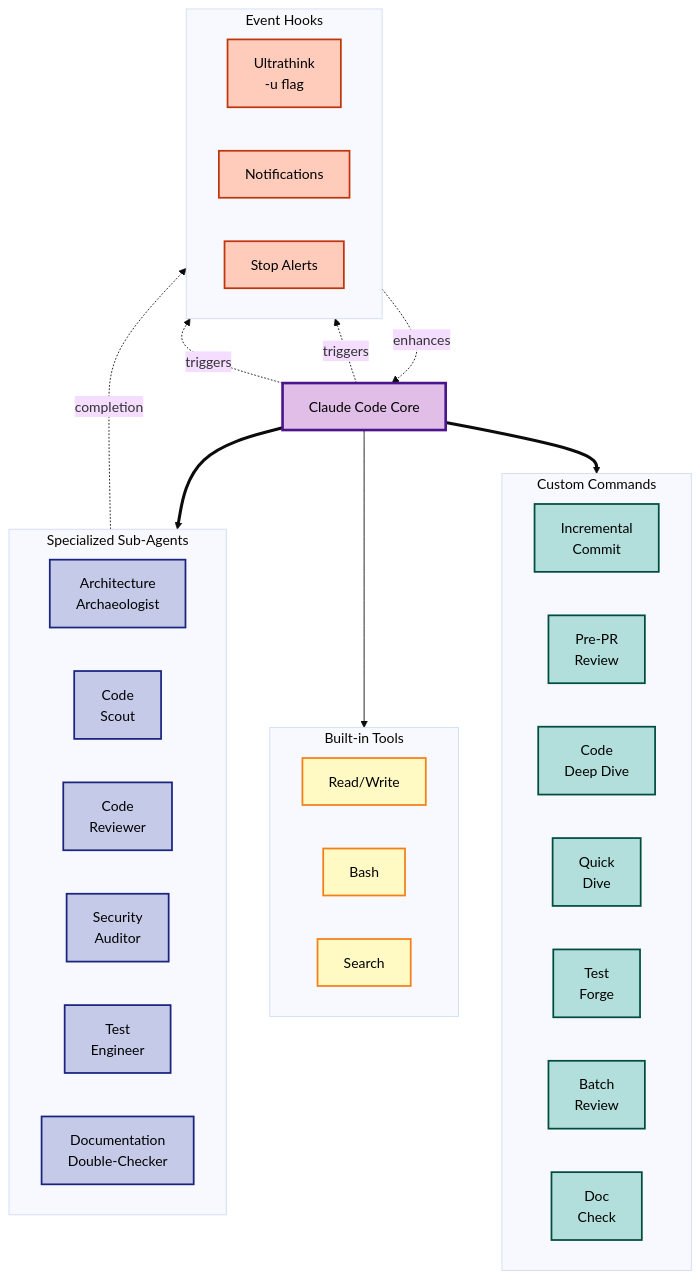
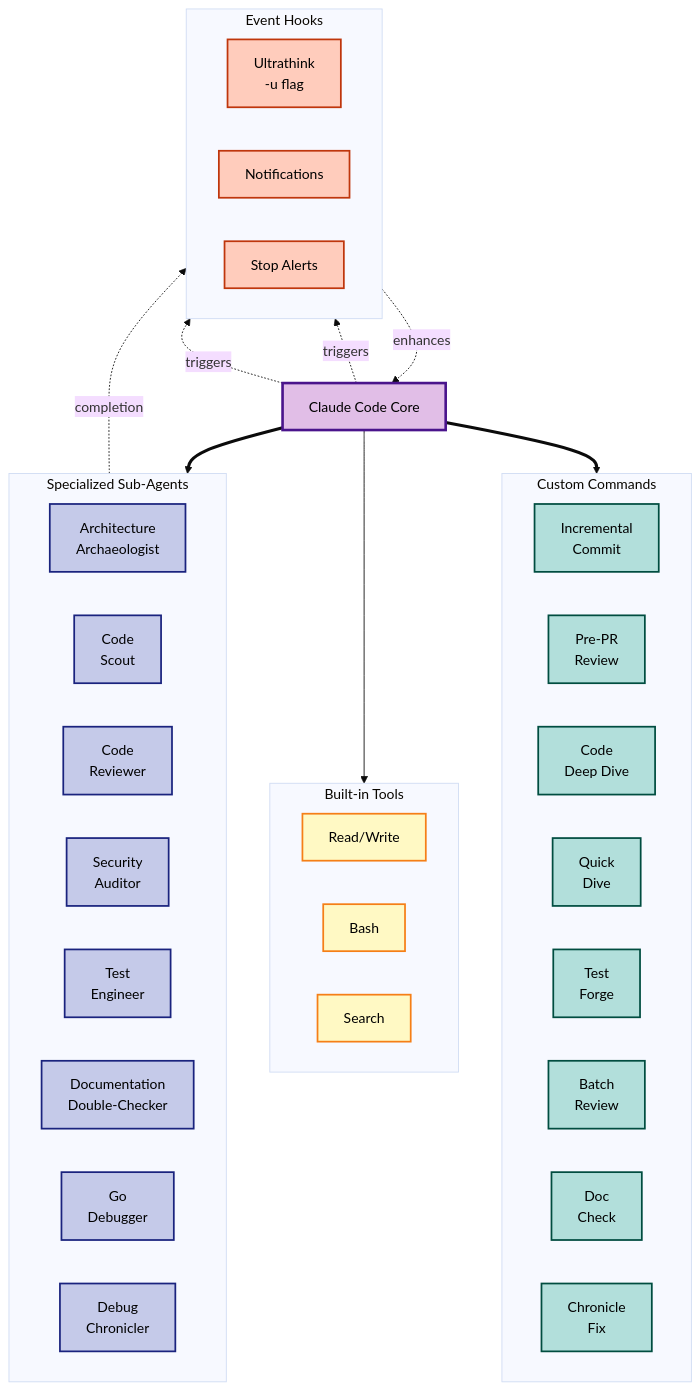
One commit to Roasbeef/claude-files changed the diagram in README.md. Above: the diagram before and after it, drawn with Mermaid (base theme). The commit also changed other lines of this file, not shown here.

````diff
--- a/README.md
+++ b/README.md
@@ -13,68 +13,71 @@
 ```mermaid
 graph TB
     %% Core System
     Main[Claude Code Core]
     
     %% Built-in Tools
     subgraph Tools["Built-in Tools"]
         direction LR
         T1[Read/Write]
         T2[Bash]
         T3[Search]
     end
     
     %% Sub-Agents Layer
     subgraph Agents["Specialized Sub-Agents"]
         direction LR
         AA[Architecture<br/>Archaeologist]
         CS[Code<br/>Scout]
         CR[Code<br/>Reviewer]
         SA[Security<br/>Auditor]
         TE[Test<br/>Engineer]
         DD[Documentation<br/>Double-Checker]
+        GD[Go<br/>Debugger]
+        DC2[Debug<br/>Chronicler]
     end
     
     %% Commands Layer
     subgraph Commands["Custom Commands"]
         direction LR
         IC[Incremental<br/>Commit]
         PR[Pre-PR<br/>Review]
         CD[Code<br/>Deep Dive]
         QD[Quick<br/>Dive]
         TF[Test<br/>Forge]
         BR[Batch<br/>Review]
         DC[Doc<br/>Check]
+        CF[Chronicle<br/>Fix]
     end
     
     %% Hooks System
     subgraph Hooks["Event Hooks"]
         direction LR
         UT[Ultrathink<br/>-u flag]
         NH[Notifications]
         SH[Stop Alerts]
     end
     
     %% Connections - organized to minimize crossings
     Main --> Tools
     Main ==> Agents
     Main ==> Commands
     
     %% Hook interactions
     UT -.->|enhances| Main
     Main -.->|triggers| NH
     Main -.->|triggers| SH
     Agents -.->|completion| SH
     
     %% Styling
     classDef core fill:#e1bee7,stroke:#4a148c,stroke-width:3px,color:#000
     classDef agents fill:#c5cae9,stroke:#1a237e,stroke-width:2px,color:#000
     classDef commands fill:#b2dfdb,stroke:#004d40,stroke-width:2px,color:#000
     classDef hooks fill:#ffccbc,stroke:#bf360c,stroke-width:2px,color:#000
     classDef tools fill:#fff9c4,stroke:#f57f17,stroke-width:2px,color:#000
     
     class Main core
-    class AA,CS,CR,SA,TE,DD agents
-    class IC,PR,CD,QD,TF,BR,DC commands
+    class AA,CS,CR,SA,TE,DD,GD,DC2 agents
+    class IC,PR,CD,QD,TF,BR,DC,CF commands
     class UT,NH,SH hooks
     class T1,T2,T3 tools
 ```
````
